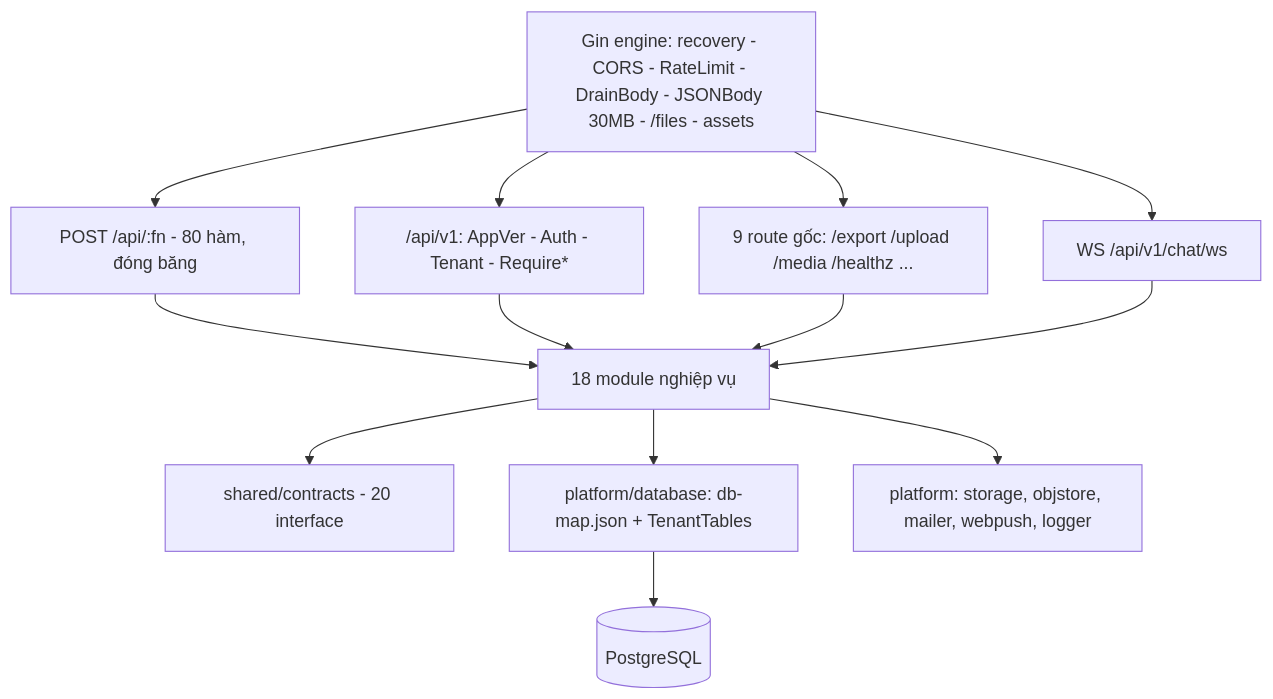
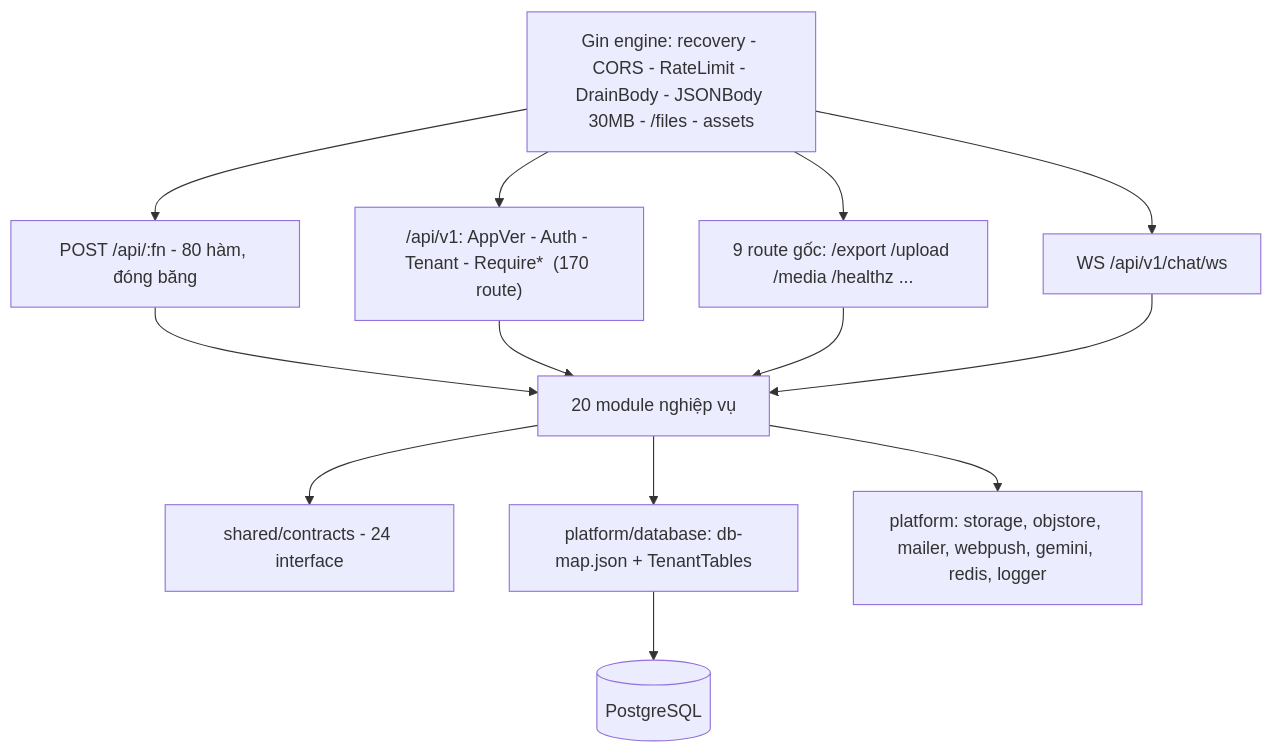
The second of 5 diagrams in docs/02-ky-thuat/kien-truc/kien-truc-he-thong.md (DE-design-source/dezon-pro), drawn with Mermaid before and after one commit. The commit also changed other lines of this file and 34 other files, not shown here.

````diff
--- a/docs/02-ky-thuat/kien-truc/kien-truc-he-thong.md
+++ b/docs/02-ky-thuat/kien-truc/kien-truc-he-thong.md
@@ -46,15 +48,15 @@
 ```mermaid
 flowchart TD
   G[Gin engine: recovery - CORS - RateLimit - DrainBody - JSONBody 30MB - /files - assets] --> R1[POST /api/:fn - 80 hàm, đóng băng]
-  G --> R2["/api/v1: AppVer - Auth - Tenant - Require*"]
+  G --> R2["/api/v1: AppVer - Auth - Tenant - Require*  (170 route)"]
   G --> R3[9 route gốc: /export /upload /media /healthz ...]
   G --> R4[WS /api/v1/chat/ws]
-  R1 --> MOD[18 module nghiệp vụ]
+  R1 --> MOD[20 module nghiệp vụ]
   R2 --> MOD
   R3 --> MOD
   R4 --> MOD
-  MOD --> C[shared/contracts - 20 interface]
+  MOD --> C[shared/contracts - 24 interface]
   MOD --> DB[platform/database: db-map.json + TenantTables]
-  MOD --> PL[platform: storage, objstore, mailer, webpush, logger]
+  MOD --> PL[platform: storage, objstore, mailer, webpush, gemini, redis, logger]
   DB --> PG[(PostgreSQL)]
 ```
````
